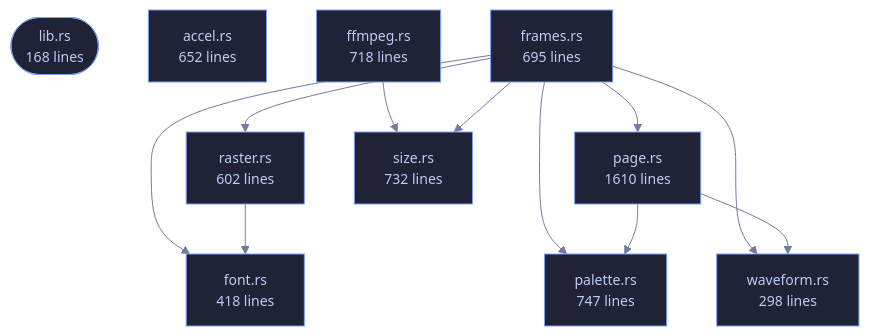
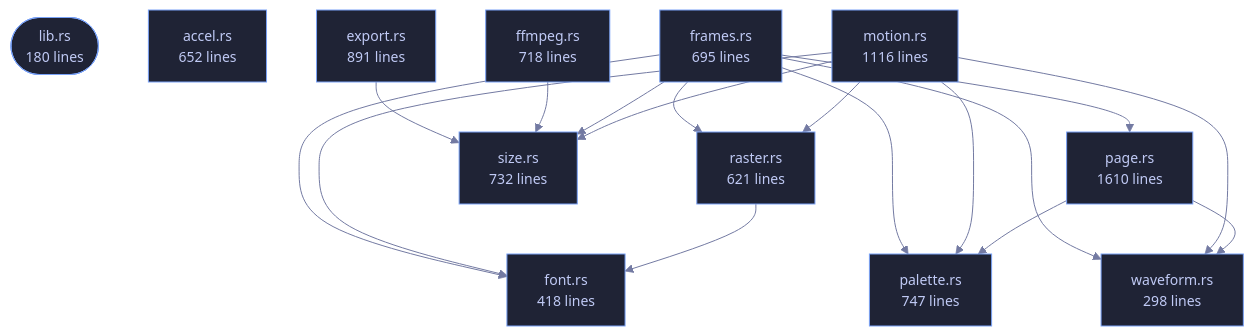
One commit to tilas01/veilvoice changed the diagram in crates/veilvoice-video/README.md. Above: the diagram before and after it, drawn with Mermaid. The commit also changed other lines of this file and 51 other files, not shown here.

````diff
--- a/crates/veilvoice-video/README.md
+++ b/crates/veilvoice-video/README.md
@@ -90,34 +101,44 @@
 ```mermaid
 %%{init: {"theme":"base","themeVariables":{"background":"#1a1b26","primaryColor":"#1f2335","primaryTextColor":"#c0caf5","primaryBorderColor":"#7aa2f7","secondaryColor":"#16161e","tertiaryColor":"#16161e","lineColor":"#737aa2","textColor":"#c0caf5","mainBkg":"#1f2335","nodeBorder":"#7aa2f7","clusterBkg":"#16161e","clusterBorder":"#2f3549","fontFamily":"ui-monospace, SFMono-Regular, Consolas, monospace","fontSize":"14px"}}}%%
 flowchart TD
-    n_lib(["lib.rs<br/>168 lines"])
+    n_lib(["lib.rs<br/>180 lines"])
     n_accel["accel.rs<br/>652 lines"]
+    n_export["export.rs<br/>891 lines"]
     n_ffmpeg["ffmpeg.rs<br/>718 lines"]
     n_font["font.rs<br/>418 lines"]
     n_frames["frames.rs<br/>695 lines"]
+    n_motion["motion.rs<br/>1116 lines"]
     n_page["page.rs<br/>1610 lines"]
     n_palette["palette.rs<br/>747 lines"]
-    n_raster["raster.rs<br/>602 lines"]
+    n_raster["raster.rs<br/>621 lines"]
     n_size["size.rs<br/>732 lines"]
     n_waveform["waveform.rs<br/>298 lines"]
+    n_export --> n_size
     n_ffmpeg --> n_size
     n_frames --> n_font
     n_frames --> n_page
     n_frames --> n_palette
     n_frames --> n_raster
     n_frames --> n_size
     n_frames --> n_waveform
+    n_motion --> n_font
+    n_motion --> n_palette
+    n_motion --> n_raster
+    n_motion --> n_size
+    n_motion --> n_waveform
     n_page --> n_palette
     n_page --> n_waveform
     n_raster --> n_font
     click n_lib href "https://github.com/tilas01/veilvoice/blob/main/crates/veilvoice-video/src/lib.rs" "open the source"
     click n_accel href "https://github.com/tilas01/veilvoice/blob/main/crates/veilvoice-video/src/accel.rs" "open the source"
+    click n_export href "https://github.com/tilas01/veilvoice/blob/main/crates/veilvoice-video/src/export.rs" "open the source"
     click n_ffmpeg href "https://github.com/tilas01/veilvoice/blob/main/crates/veilvoice-video/src/ffmpeg.rs" "open the source"
     click n_font href "https://github.com/tilas01/veilvoice/blob/main/crates/veilvoice-video/src/font.rs" "open the source"
     click n_frames href "https://github.com/tilas01/veilvoice/blob/main/crates/veilvoice-video/src/frames.rs" "open the source"
+    click n_motion href "https://github.com/tilas01/veilvoice/blob/main/crates/veilvoice-video/src/motion.rs" "open the source"
     click n_page href "https://github.com/tilas01/veilvoice/blob/main/crates/veilvoice-video/src/page.rs" "open the source"
     click n_palette href "https://github.com/tilas01/veilvoice/blob/main/crates/veilvoice-video/src/palette.rs" "open the source"
     click n_raster href "https://github.com/tilas01/veilvoice/blob/main/crates/veilvoice-video/src/raster.rs" "open the source"
     click n_size href "https://github.com/tilas01/veilvoice/blob/main/crates/veilvoice-video/src/size.rs" "open the source"
     click n_waveform href "https://github.com/tilas01/veilvoice/blob/main/crates/veilvoice-video/src/waveform.rs" "open the source"
 ```
````
